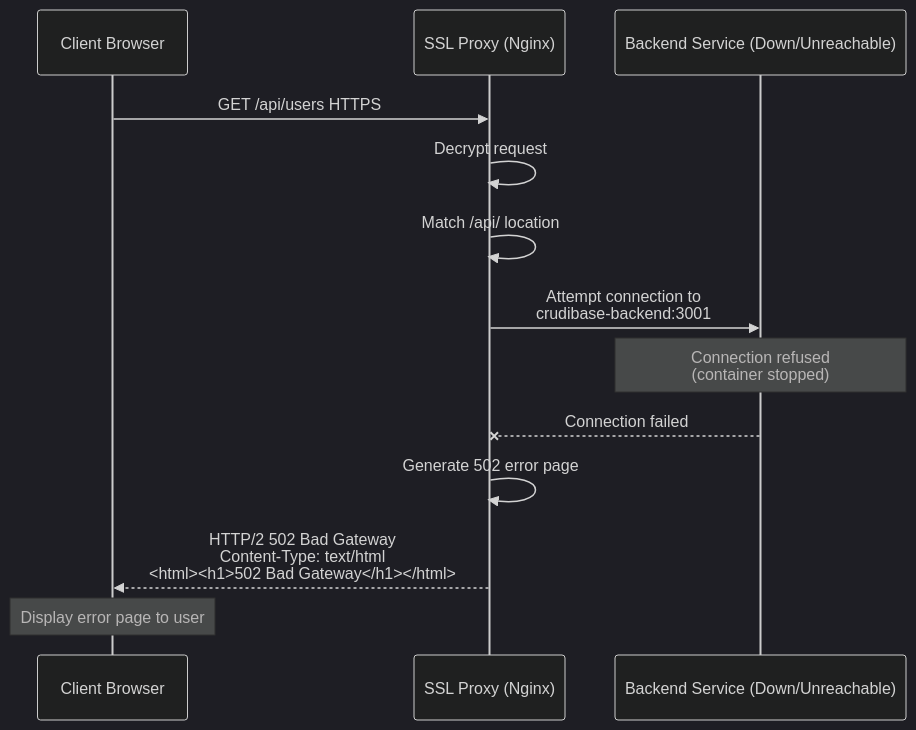
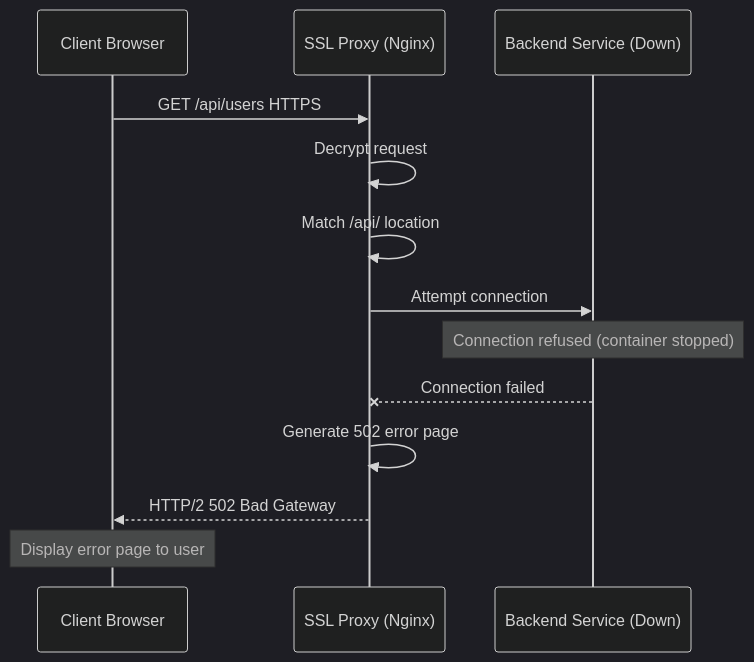
One commit to softwarewrighter/ssl-proxy-for-do changed the eighth of 10 diagrams in wiki/Request-Flow.md. Above: the diagram before and after it, drawn with Mermaid (dark theme). The commit also changed other lines of this file and 3 other files, not shown here.

First line of the commit message:
Remove all remaining br tags from sequence diagrams

````diff
--- a/wiki/Request-Flow.md
+++ b/wiki/Request-Flow.md
@@ -468,22 +468,22 @@
 ```mermaid
 sequenceDiagram
     participant Client as Client Browser
     participant SSLProxy as SSL Proxy (Nginx)
-    participant Backend as Backend Service (Down/Unreachable)
+    participant Backend as Backend Service (Down)
 
     Client->>SSLProxy: GET /api/users HTTPS
 
     SSLProxy->>SSLProxy: Decrypt request
     SSLProxy->>SSLProxy: Match /api/ location
 
-    SSLProxy->>Backend: Attempt connection to<br/>crudibase-backend:3001
-    Note over Backend: Connection refused<br/>(container stopped)
+    SSLProxy->>Backend: Attempt connection
+    Note over Backend: Connection refused (container stopped)
 
     Backend--XSSLProxy: Connection failed
 
     SSLProxy->>SSLProxy: Generate 502 error page
 
-    SSLProxy-->>Client: HTTP/2 502 Bad Gateway<br/>Content-Type: text/html<br/><html><h1>502 Bad Gateway</h1></html>
+    SSLProxy-->>Client: HTTP/2 502 Bad Gateway
 
     Note over Client: Display error page to user
 ```
````
